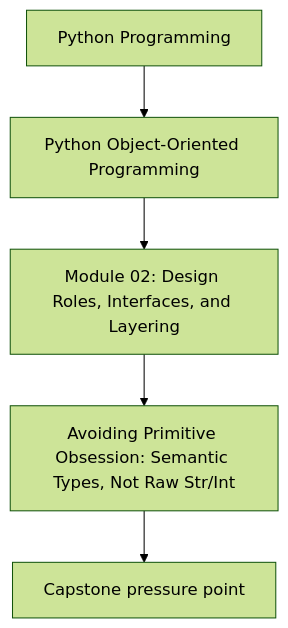
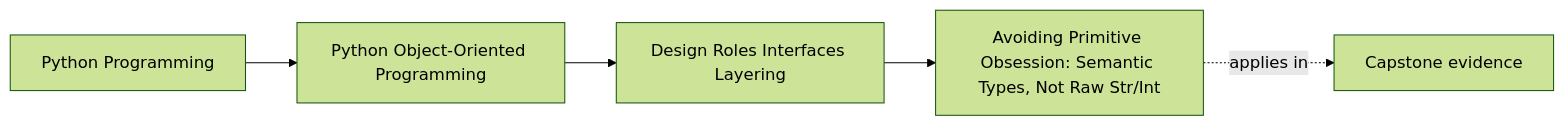
One commit to bijux/bijux-masterclass changed the first of 2 diagrams in programs/python-programming/python-object-oriented-programming/course-book/module-02-design-roles-interfaces-layering/semantic-types-over-raw-primitives.md. Above: the diagram before and after it, drawn with Mermaid (forest theme). The commit also changed other lines of this file and 65 other files, not shown here.

Commit message:
docs(python-object-oriented-programming): map object model and design foundations

````diff
--- a/programs/python-programming/python-object-oriented-programming/course-book/module-02-design-roles-interfaces-layering/semantic-types-over-raw-primitives.md
+++ b/programs/python-programming/python-object-oriented-programming/course-book/module-02-design-roles-interfaces-layering/semantic-types-over-raw-primitives.md
@@ -7,7 +7,11 @@
 ```mermaid
-flowchart TD
-  family["Python Programming"] --> program["Python Object-Oriented Programming"]
-  program --> module["Module 02: Design Roles, Interfaces, and Layering"]
-  module --> concept["Avoiding Primitive Obsession: Semantic Types, Not Raw Str/Int"]
-  concept --> capstone["Capstone pressure point"]
+graph LR
+  family["Python Programming"]
+  program["Python Object-Oriented Programming"]
+  section["Design Roles Interfaces Layering"]
+  page["Avoiding Primitive Obsession: Semantic Types, Not Raw Str/Int"]
+  capstone["Capstone evidence"]
+
+  family --> program --> section --> page
+  page -.applies in.-> capstone
 ```
````
